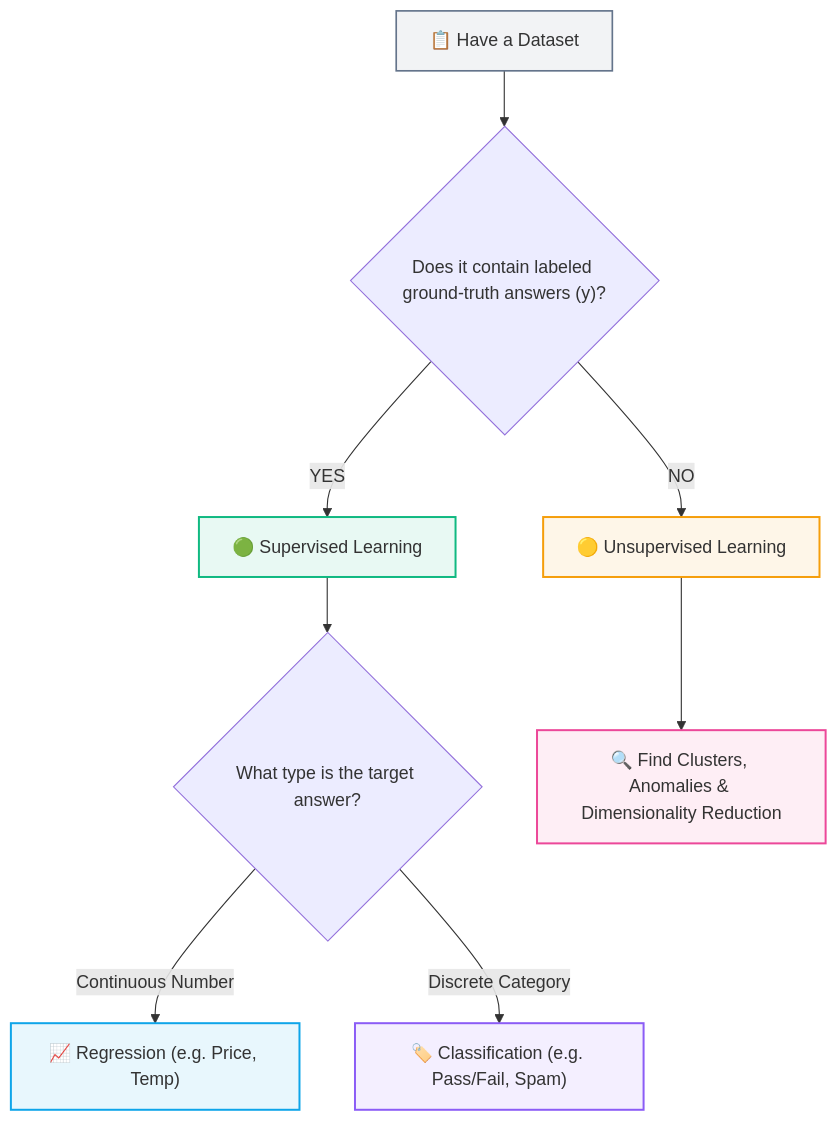
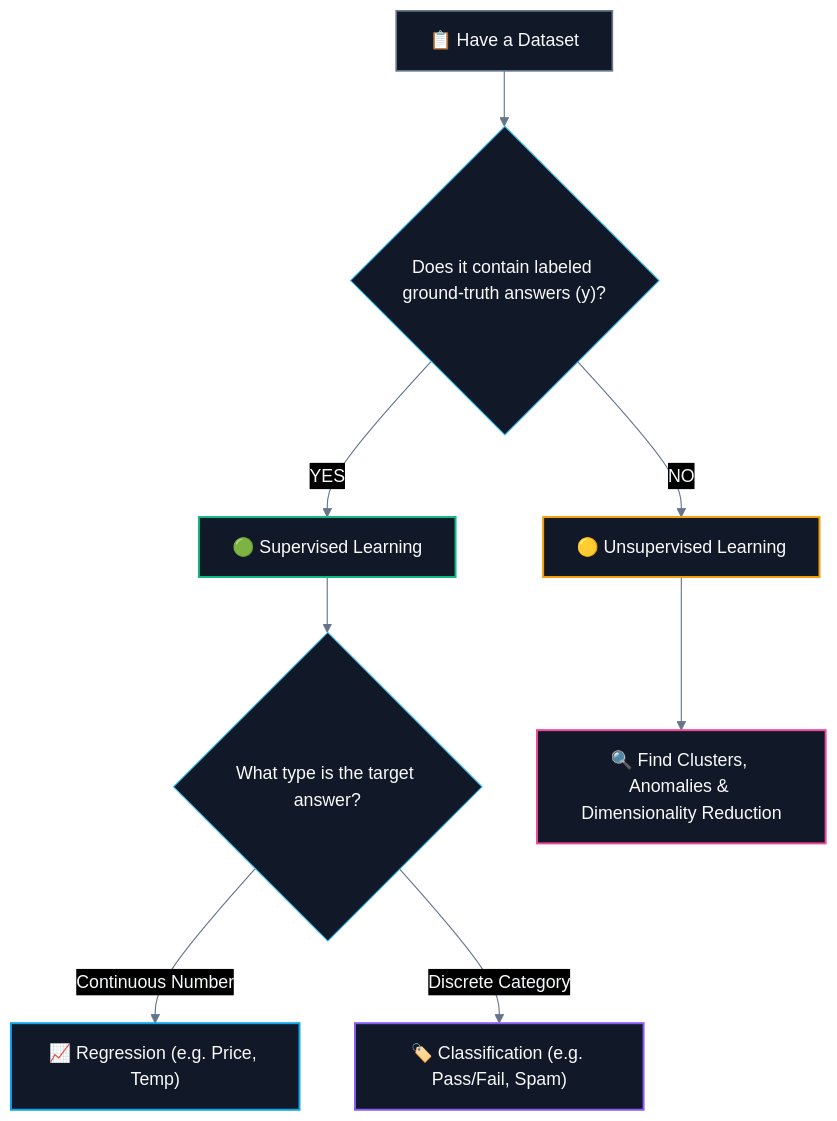
The second of 2 diagrams in CS/AI & ML/01. Classical ML/02. Supervised vs Unsupervised Learning.md (abhinavbharti2345/CS_Notes), drawn with Mermaid before and after one commit. The commit also changed other lines of this file and 195 other files, not shown here.

````diff
--- a/CS/AI & ML/01. Classical ML/02. Supervised vs Unsupervised Learning.md
+++ b/CS/AI & ML/01. Classical ML/02. Supervised vs Unsupervised Learning.md
@@ -143,27 +144,28 @@
 ```mermaid
+%%{init: {'theme': 'base', 'themeVariables': { 'darkMode': true, 'background': '#0B0F14', 'mainBkg': '#111827', 'primaryColor': '#111827', 'primaryTextColor': '#F8FAFC', 'primaryBorderColor': '#38BDF8', 'lineColor': '#64748B', 'secondaryColor': '#0B0F14', 'tertiaryColor': '#0B0F14', 'clusterBkg': '#0B0F14', 'clusterBorder': '#38BDF8' }}}%%
 flowchart TD
     Start["📋 Have a Dataset"] --> Q1{"Does it contain labeled ground-truth answers (y)?"}
     
     Q1 -- YES --> Sup["🟢 Supervised Learning"]
     Q1 -- NO --> Unsup["🟡 Unsupervised Learning"]
     
     Sup --> Q2{"What type is the target answer?"}
     Q2 -- Continuous Number --> Reg["📈 Regression (e.g. Price, Temp)"]
     Q2 -- Discrete Category --> Clf["🏷️ Classification (e.g. Pass/Fail, Spam)"]
     
     Unsup --> Tasks["🔍 Find Clusters, Anomalies & Dimensionality Reduction"]
 
-    classDef start fill:#64748b15,stroke:#64748b,stroke-width:1.5px;
-    classDef sup fill:#10b98118,stroke:#10b981,stroke-width:1.8px;
-    classDef unsup fill:#f59e0b18,stroke:#f59e0b,stroke-width:1.8px;
-    classDef reg fill:#0ea5e918,stroke:#0ea5e9,stroke-width:1.8px;
-    classDef clf fill:#8b5cf618,stroke:#8b5cf6,stroke-width:1.8px;
-    classDef tasks fill:#ec489918,stroke:#ec4899,stroke-width:1.8px;
+    classDef start fill:#111827,stroke:#64748b,stroke-width:1.5px,color:#F8FAFC;
+    classDef sup fill:#111827,stroke:#10b981,stroke-width:1.8px,color:#F8FAFC;
+    classDef unsup fill:#111827,stroke:#f59e0b,stroke-width:1.8px,color:#F8FAFC;
+    classDef reg fill:#111827,stroke:#0ea5e9,stroke-width:1.8px,color:#F8FAFC;
+    classDef clf fill:#111827,stroke:#8b5cf6,stroke-width:1.8px,color:#F8FAFC;
+    classDef tasks fill:#111827,stroke:#ec4899,stroke-width:1.8px,color:#F8FAFC;
 
     class Start start;
     class Sup sup;
     class Unsup unsup;
     class Reg reg;
     class Clf clf;
     class Tasks tasks;
 ```
````
